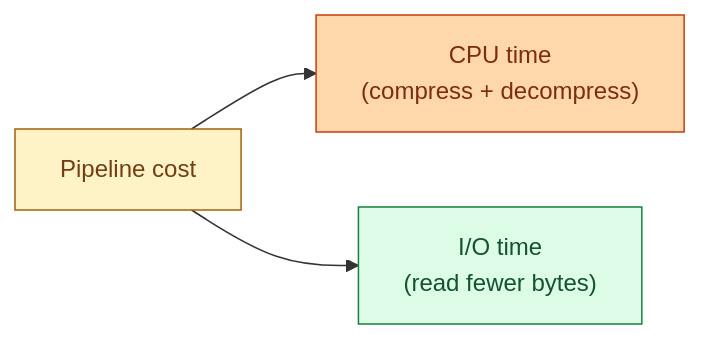
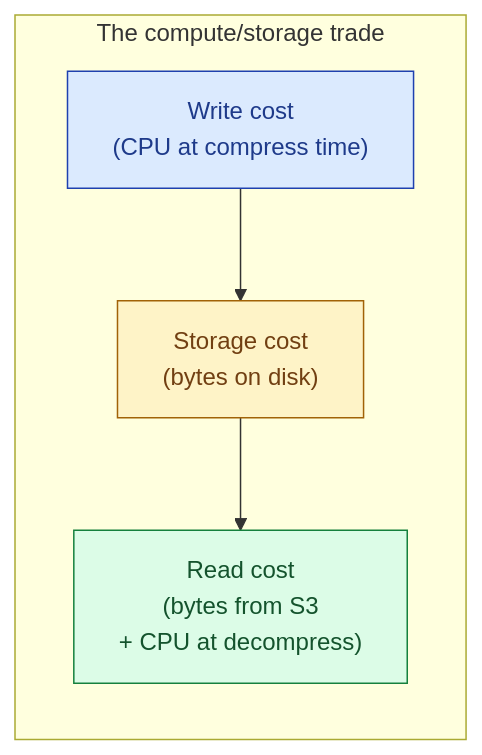
One commit to shiningflash/shiningflash.github.io changed the first of 2 diagrams in _de_concepts/021-compression.md. Above: the diagram before and after it, drawn with Mermaid. The commit also changed other lines of this file and 69 other files, not shown here.

````diff
--- a/_de_concepts/021-compression.md
+++ b/_de_concepts/021-compression.md
@@ -20,10 +27,14 @@
 ```mermaid
 flowchart LR
-    Pipe["Pipeline cost"]:::p
-    Pipe --> CPU["CPU time<br/>(compress + decompress)"]:::c
-    Pipe --> IO["I/O time<br/>(read fewer bytes)"]:::i
+    subgraph X["The compute/storage trade"]
+        Write["Write cost<br/>(CPU at compress time)"]:::a
+        Disk["Storage cost<br/>(bytes on disk)"]:::y
+        Read["Read cost<br/>(bytes from S3<br/>+ CPU at decompress)"]:::g
+    end
+    Write --> Disk
+    Disk --> Read
 
-    classDef p fill:#fef3c7,stroke:#a16207,color:#713f12
-    classDef c fill:#fed7aa,stroke:#c2410c,color:#7c2d12
-    classDef i fill:#dcfce7,stroke:#15803d,color:#14532d
+    classDef a fill:#dbeafe,stroke:#1e40af,color:#1e3a8a
+    classDef y fill:#fef3c7,stroke:#a16207,color:#713f12
+    classDef g fill:#dcfce7,stroke:#15803d,color:#14532d
 ```
````
